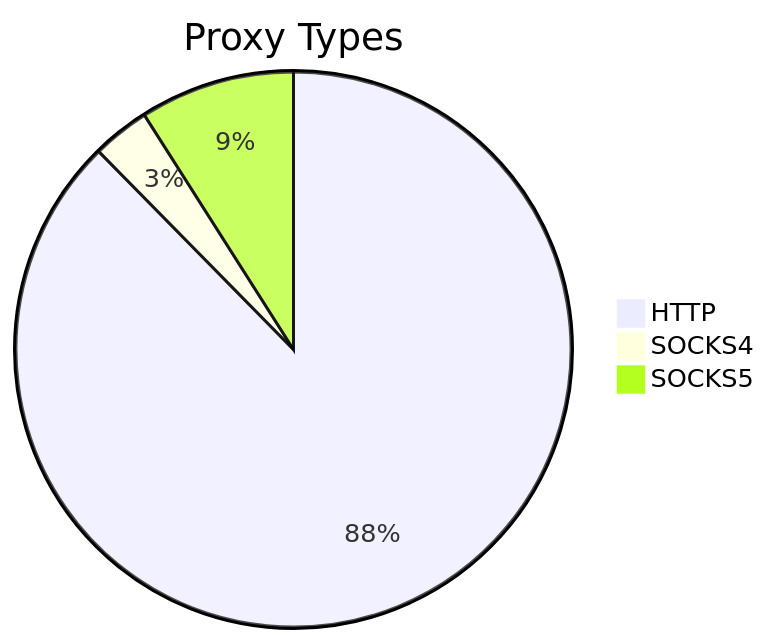
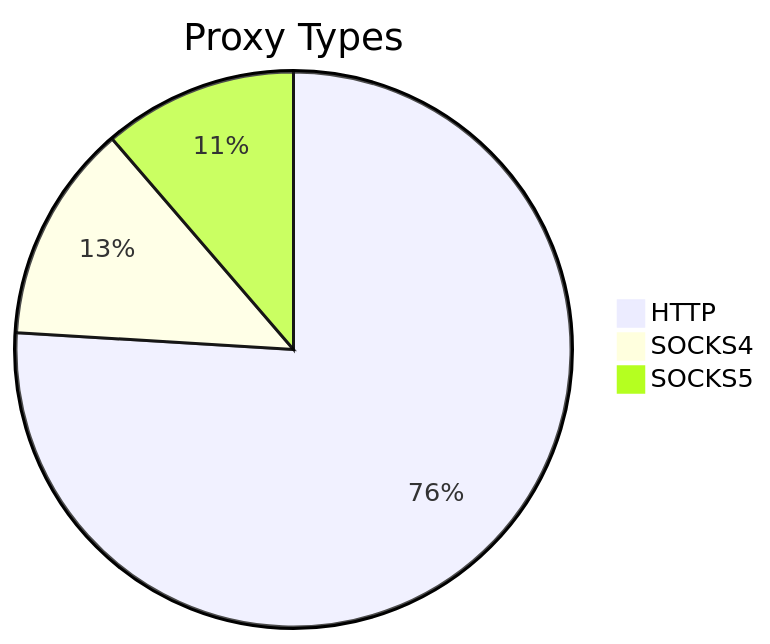
Before and after one commit to stormsia/proxy-list: the first of 2 diagrams in README.md, drawn with Mermaid. The commit also changed other lines of this file, not shown here.

````diff
--- a/README.md
+++ b/README.md
@@ -21,6 +21,6 @@
 ```mermaid
 pie title Proxy Types
-    "HTTP" : 418
-    "SOCKS4" : 16
-    "SOCKS5" : 43
+    "HTTP" : 591
+    "SOCKS4" : 99
+    "SOCKS5" : 88
 ```
````
